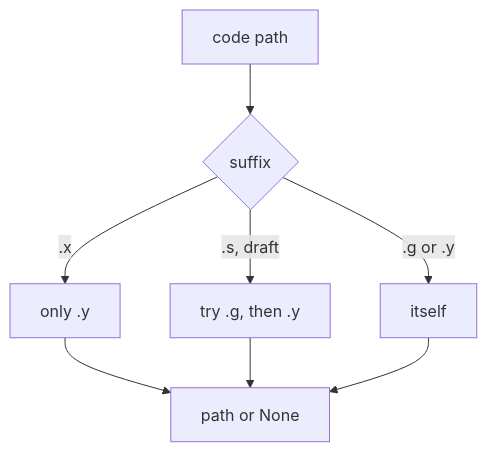
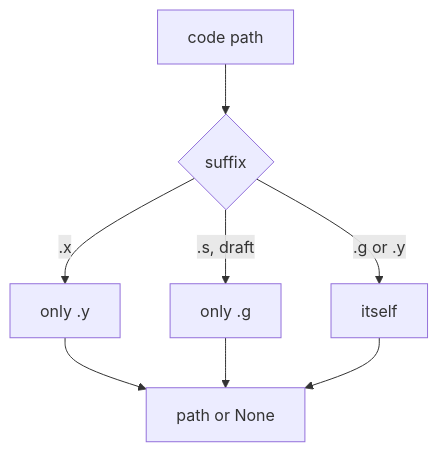
Before and after one commit to SorenHJohansen/sattline-parser: the first of 4 diagrams in docs/graphics.md, drawn with Mermaid. The commit also changed other lines of this file and 29 other files, not shown here.

````diff
--- a/docs/graphics.md
+++ b/docs/graphics.md
@@ -10,10 +10,10 @@
 ```mermaid
 flowchart TB
     C["code path"] --> S{"suffix"}
     S -->|.x| Y["only .y"]
-    S -->|.s, draft| G["try .g, then .y"]
+    S -->|.s, draft| G["only .g"]
     S -->|.g or .y| SELF["itself"]
     Y --> R["path or None"]
     G --> R
     SELF --> R
 ```
````
